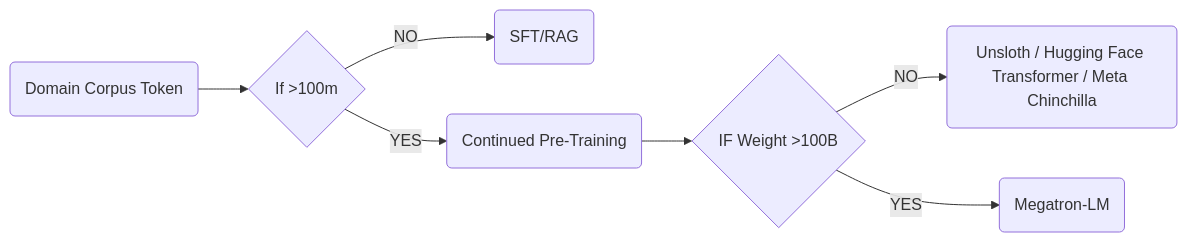
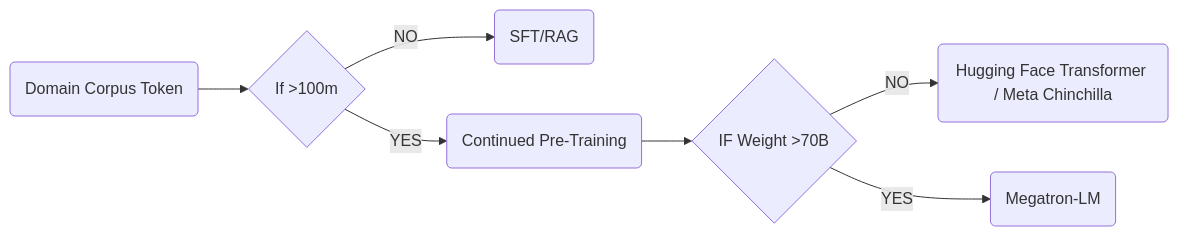
Before and after one commit to ChrisZhu2050/chriszhu2050.github.io: the diagram in docs/llm-fine-tune-cpt.md, drawn with Mermaid. The commit also changed other lines of this file, not shown here.

````diff
--- a/docs/llm-fine-tune-cpt.md
+++ b/docs/llm-fine-tune-cpt.md
@@ -7,9 +7,9 @@
     ```mermaid
             graph LR
                 A("`Domain Corpus Token
                 `") --> C{"`If >100m
                 `"}--NO-->D(SFT/RAG)
-                C--YES-->E(Continued Pre-Training)-->F{IF Weight >100B}--NO-->G(Unsloth / Hugging Face Transformer / Meta Chinchilla)
+                C--YES-->E(Continued Pre-Training)-->F{IF Weight >70B}--NO-->G(Hugging Face Transformer / Meta Chinchilla)
                 F--YES-->H(Megatron-LM)
                 
     ```
````
